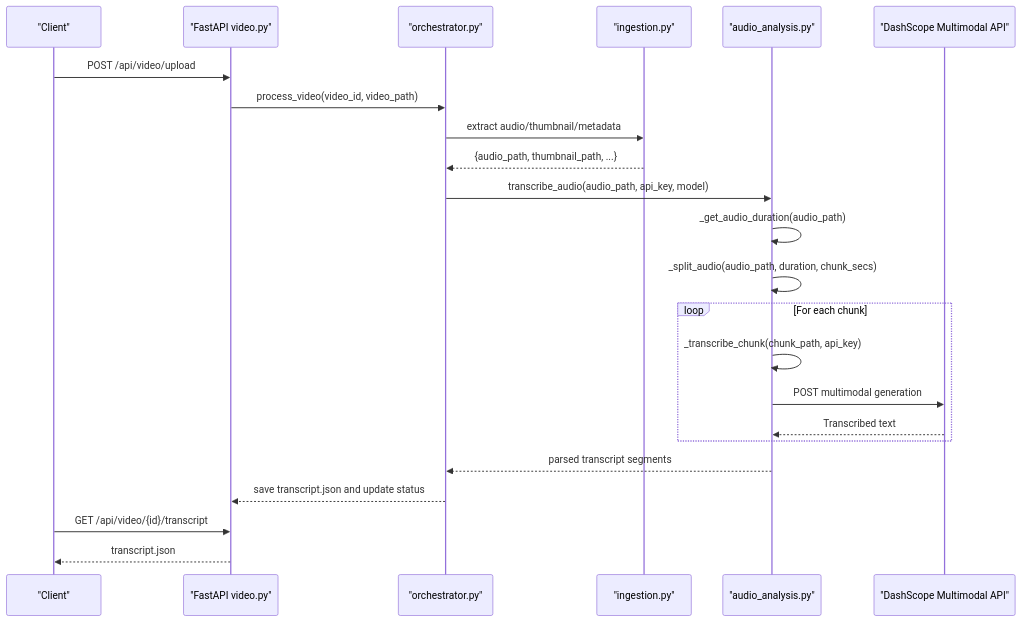
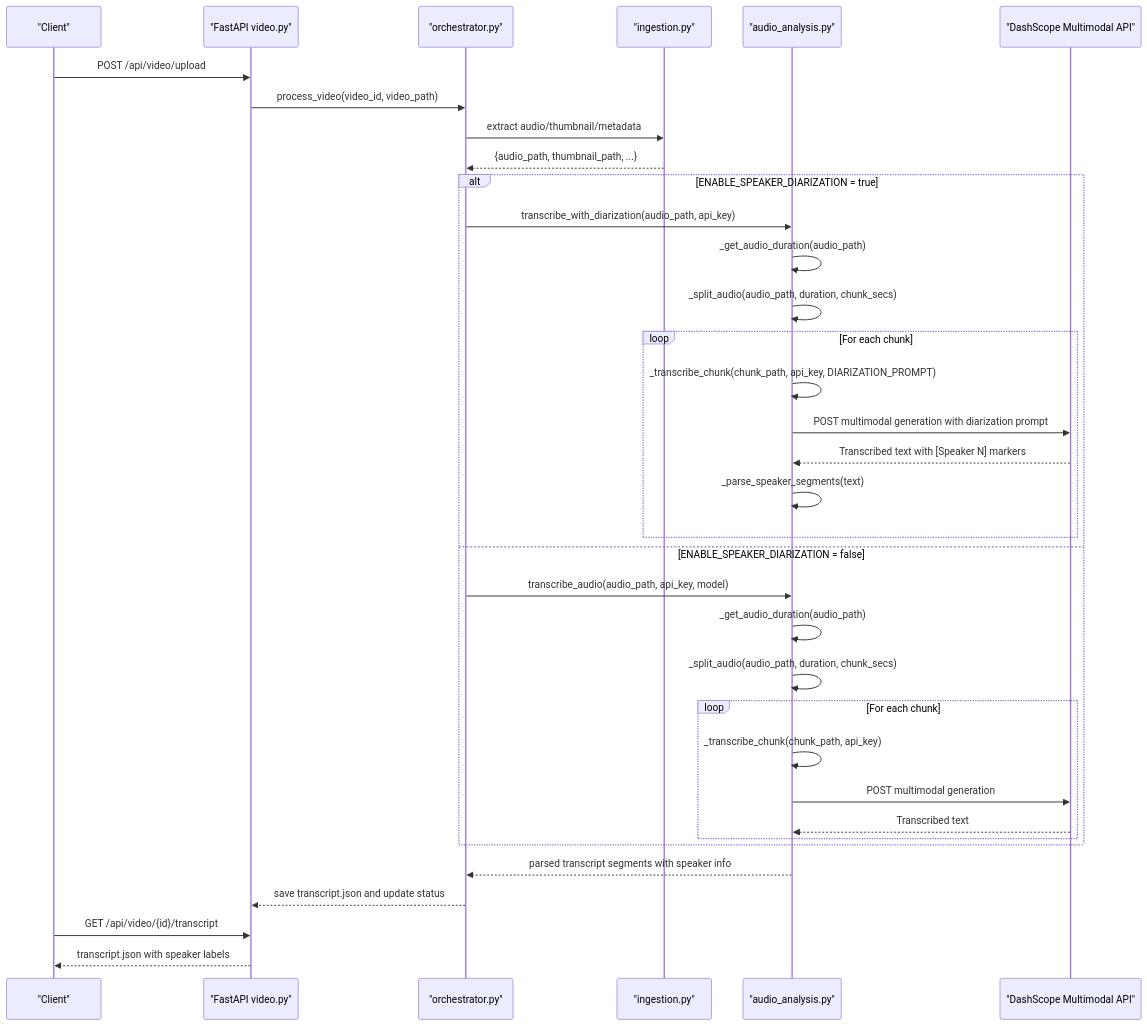
Before and after one commit to alexandreybasta-cyber/dubai-media-ai: the second of 5 diagrams in .qoder/repowiki/en/content/Media Processing Pipeline/Audio Analysis Stage.md, drawn with Mermaid. The commit also changed other lines of this file and 20 other files, not shown here.

````diff
--- a/.qoder/repowiki/en/content/Media Processing Pipeline/Audio Analysis Stage.md
+++ b/.qoder/repowiki/en/content/Media Processing Pipeline/Audio Analysis Stage.md
@@ -118,25 +121,37 @@
 ```mermaid
 sequenceDiagram
 participant Client as "Client"
 participant API as "FastAPI video.py"
 participant Orchestrator as "orchestrator.py"
 participant Ingest as "ingestion.py"
 participant ASR as "audio_analysis.py"
 participant DashScope as "DashScope Multimodal API"
 Client->>API : POST /api/video/upload
 API->>Orchestrator : process_video(video_id, video_path)
 Orchestrator->>Ingest : extract audio/thumbnail/metadata
 Ingest-->>Orchestrator : {audio_path, thumbnail_path, ...}
+alt ENABLE_SPEAKER_DIARIZATION = true
+Orchestrator->>ASR : transcribe_with_diarization(audio_path, api_key)
+ASR->>ASR : _get_audio_duration(audio_path)
+ASR->>ASR : _split_audio(audio_path, duration, chunk_secs)
+loop For each chunk
+ASR->>ASR : _transcribe_chunk(chunk_path, api_key, DIARIZATION_PROMPT)
+ASR->>DashScope : POST multimodal generation with diarization prompt
+DashScope-->>ASR : Transcribed text with [Speaker N] markers
+ASR->>ASR : _parse_speaker_segments(text)
+end
+else ENABLE_SPEAKER_DIARIZATION = false
 Orchestrator->>ASR : transcribe_audio(audio_path, api_key, model)
 ASR->>ASR : _get_audio_duration(audio_path)
 ASR->>ASR : _split_audio(audio_path, duration, chunk_secs)
 loop For each chunk
 ASR->>ASR : _transcribe_chunk(chunk_path, api_key)
 ASR->>DashScope : POST multimodal generation
 DashScope-->>ASR : Transcribed text
 end
-ASR-->>Orchestrator : parsed transcript segments
+end
+ASR-->>Orchestrator : parsed transcript segments with speaker info
 Orchestrator-->>API : save transcript.json and update status
 Client->>API : GET /api/video/{id}/transcript
-API-->>Client : transcript.json
+API-->>Client : transcript.json with speaker labels
 ```
````
